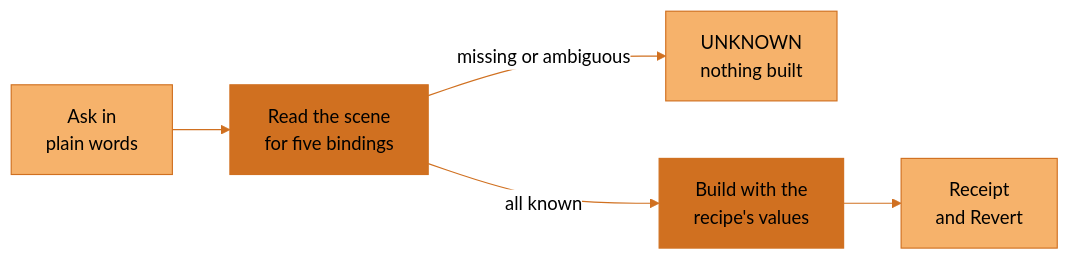
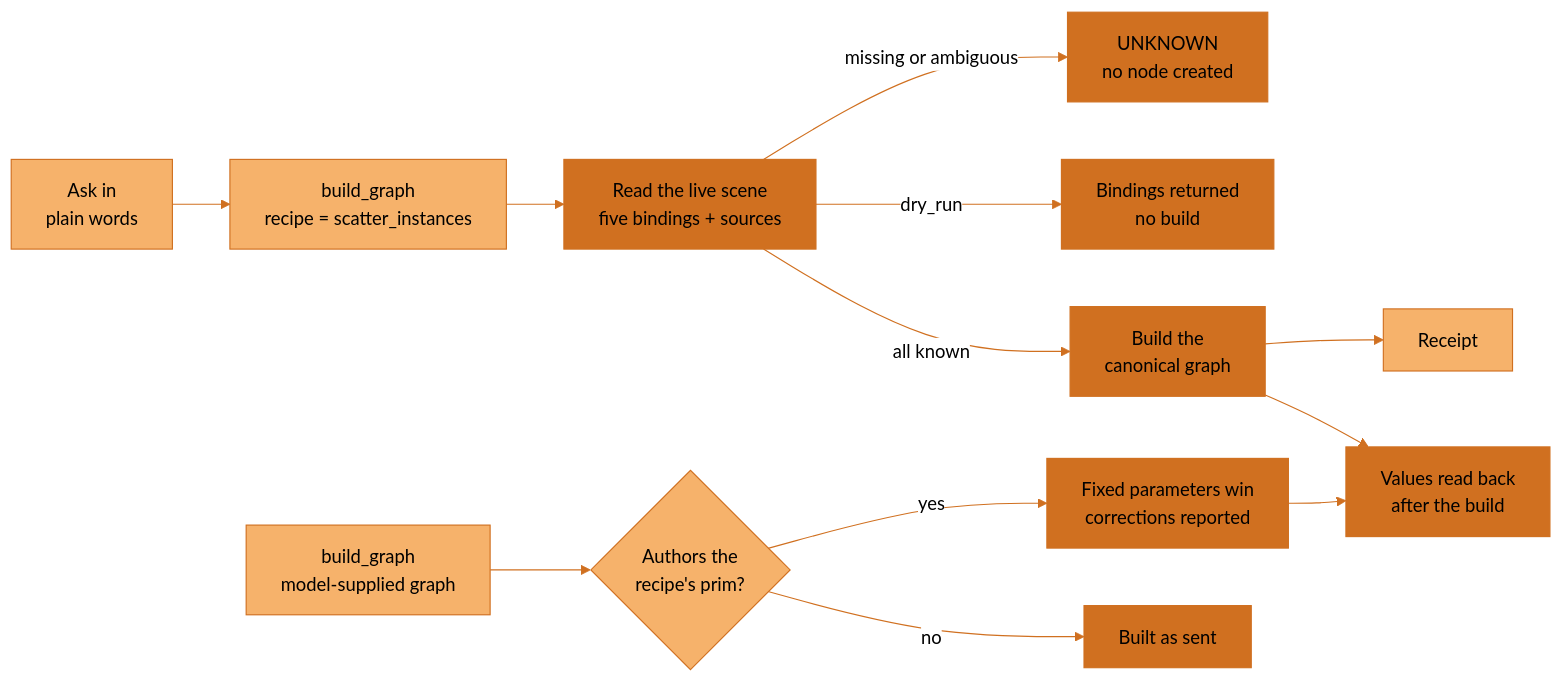
The third of 4 diagrams in README.md (JosephOIbrahim/Synapse), drawn with Mermaid (neutral theme) before and after one commit. The commit also changed other lines of this file and 10 other files, not shown here.

````diff
--- a/README.md
+++ b/README.md
@@ -122,15 +168,22 @@
 ```mermaid
 flowchart LR
     accTitle: A verified recipe reads the scene before it builds
-    accDescr: You ask for a scatter in plain words. SYNAPSE reads the scene for the camera, the world, its collider and the splice point. If anything is missing or ambiguous it answers UNKNOWN and builds nothing. If everything is known it builds with the recipe's fixed values and shows a receipt you can revert.
-    A["Ask in<br/>plain words"] --> R["Read the scene<br/>for five bindings"]
-    R -->|"missing or ambiguous"| U["UNKNOWN<br/>nothing built"]
-    R -->|"all known"| B["Build with the<br/>recipe's values"]
-    B --> C["Receipt<br/>and Revert"]
+    accDescr: A recipe request reads the live scene for the camera prim, the upstream and downstream nodes, the world prim and the collider file, and reports where each was read. If any is missing or ambiguous the result is UNKNOWN and no node is created. A preview returns the bindings and builds nothing. If all are known the canonical graph is built. A graph supplied by a model is built as sent, except that a Scatter Instances node authoring the recipe's prim is held to the recipe's fixed parameters, with corrections reported and values read back.
+    A["Ask in<br/>plain words"] --> Q["build_graph<br/>recipe = scatter_instances"]
+    Q --> R["Read the live scene<br/>five bindings + sources"]
+    R -->|"missing or ambiguous"| U["UNKNOWN<br/>no node created"]
+    R -->|"dry_run"| D["Bindings returned<br/>no build"]
+    R -->|"all known"| B["Build the<br/>canonical graph"]
+    B --> C["Receipt"]
+    G["build_graph<br/>model-supplied graph"] --> E{"Authors the<br/>recipe's prim?"}
+    E -->|"yes"| F["Fixed parameters win<br/>corrections reported"]
+    E -->|"no"| S["Built as sent"]
+    F --> V["Values read back<br/>after the build"]
+    B --> V
     classDef default fill:#F6B26B,stroke:#D07020,color:#000000
     classDef artist fill:#F6B26B,stroke:#D07020,color:#000000
     classDef synapse fill:#D07020,stroke:#D07020,color:#000000
     class A,C artist
-    class R,B synapse
+    class R,F,V,B,D,S,U synapse
     linkStyle default stroke:#D07020
 ```
````
